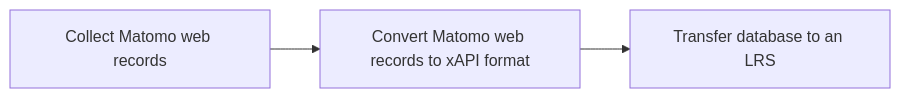
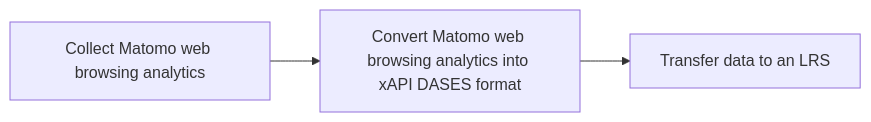
One commit to Prometheus-X-association/walruc changed the first of 4 diagrams in docs/design-document.md. Above: the diagram before and after it, drawn with Mermaid. The commit also changed other lines of this file, not shown here.

````diff
--- a/docs/design-document.md
+++ b/docs/design-document.md
@@ -28,7 +28,7 @@
 ```mermaid
 
 flowchart LR
 
-A[Collect Matomo web records]--> B[Convert Matomo web records to xAPI format]--> C[Transfer database to an LRS]
+A[Collect Matomo web browsing analytics]--> B[Convert Matomo web browsing analytics into xAPI DASES format]--> C[Transfer data to an LRS]
 
 ```
````
